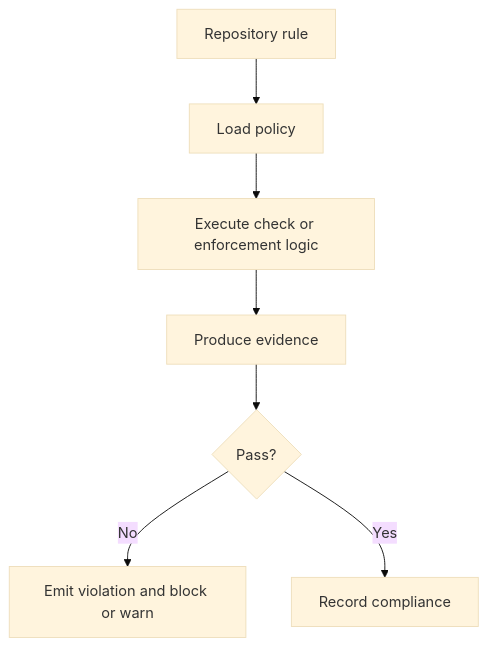
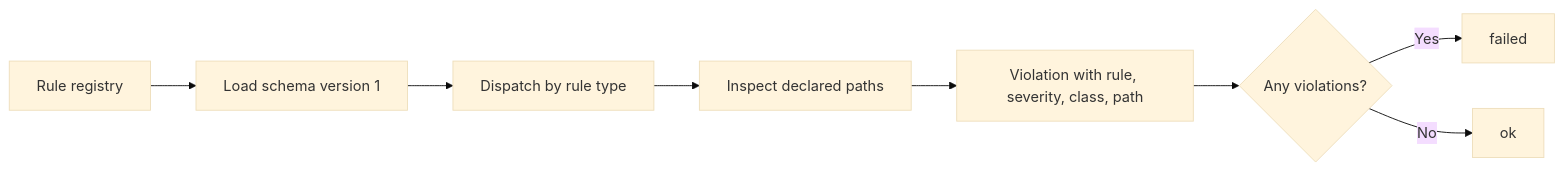
One commit to bijux/bijux-atlas changed the diagram in docs/bijux-atlas-dev/governance/rule-enforcement.md. Above: the diagram before and after it, drawn with Mermaid (base theme). The commit also changed other lines of this file and 1 other file, not shown here.

Commit message:
docs(governance): define policy and rule enforcement boundaries

````diff
--- a/docs/bijux-atlas-dev/governance/rule-enforcement.md
+++ b/docs/bijux-atlas-dev/governance/rule-enforcement.md
@@ -17,9 +18,10 @@
 ```mermaid
-flowchart TD
-    Rule[Repository rule] --> Policy[Load policy]
-    Policy --> Execute[Execute check or enforcement logic]
-    Execute --> Evidence[Produce evidence]
-    Evidence --> Pass{Pass?}
-    Pass -- No --> Violation[Emit violation and block or warn]
-    Pass -- Yes --> Record[Record compliance]
+flowchart LR
+    Registry[Rule registry] --> Load[Load schema version 1]
+    Load --> Dispatch[Dispatch by rule type]
+    Dispatch --> Inspect[Inspect declared paths]
+    Inspect --> Finding[Violation with rule, severity, class, path]
+    Finding --> Status{Any violations?}
+    Status -- Yes --> Failed[failed]
+    Status -- No --> OK[ok]
 ```
````
